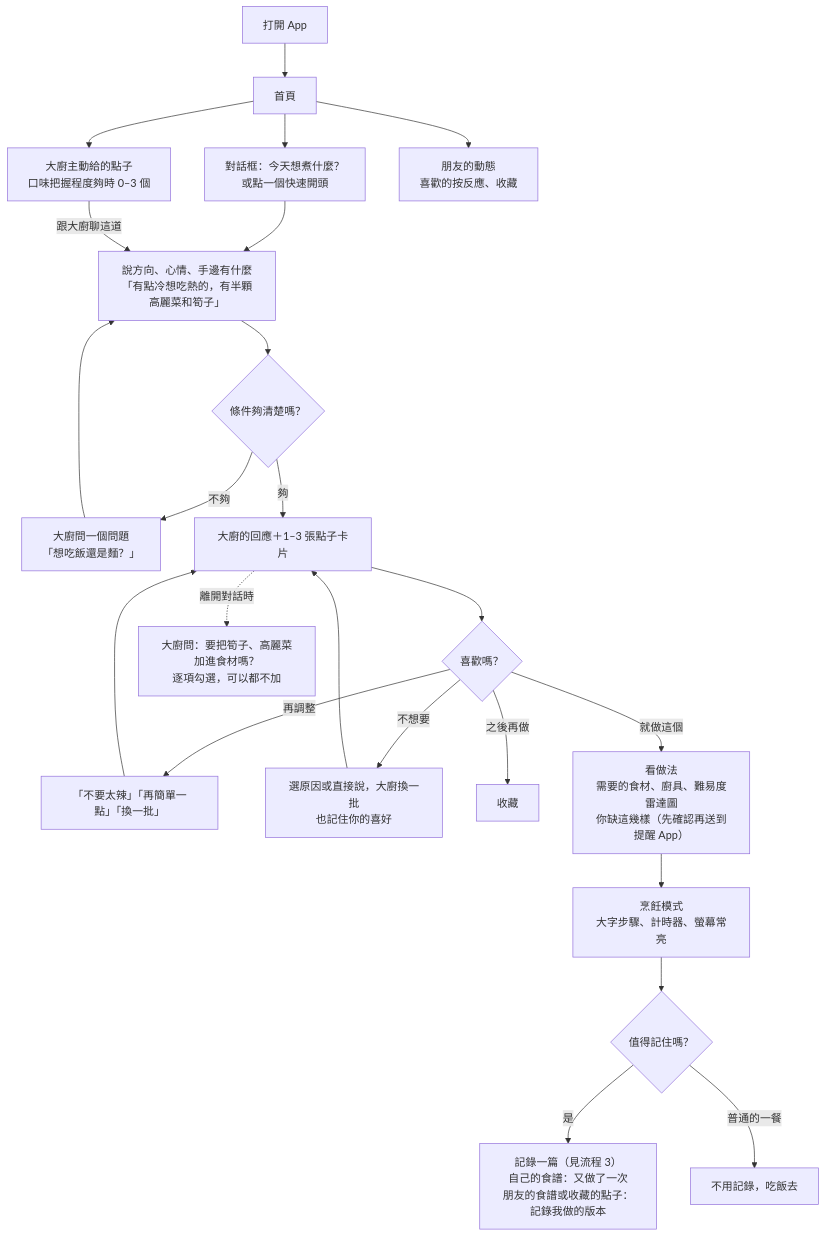
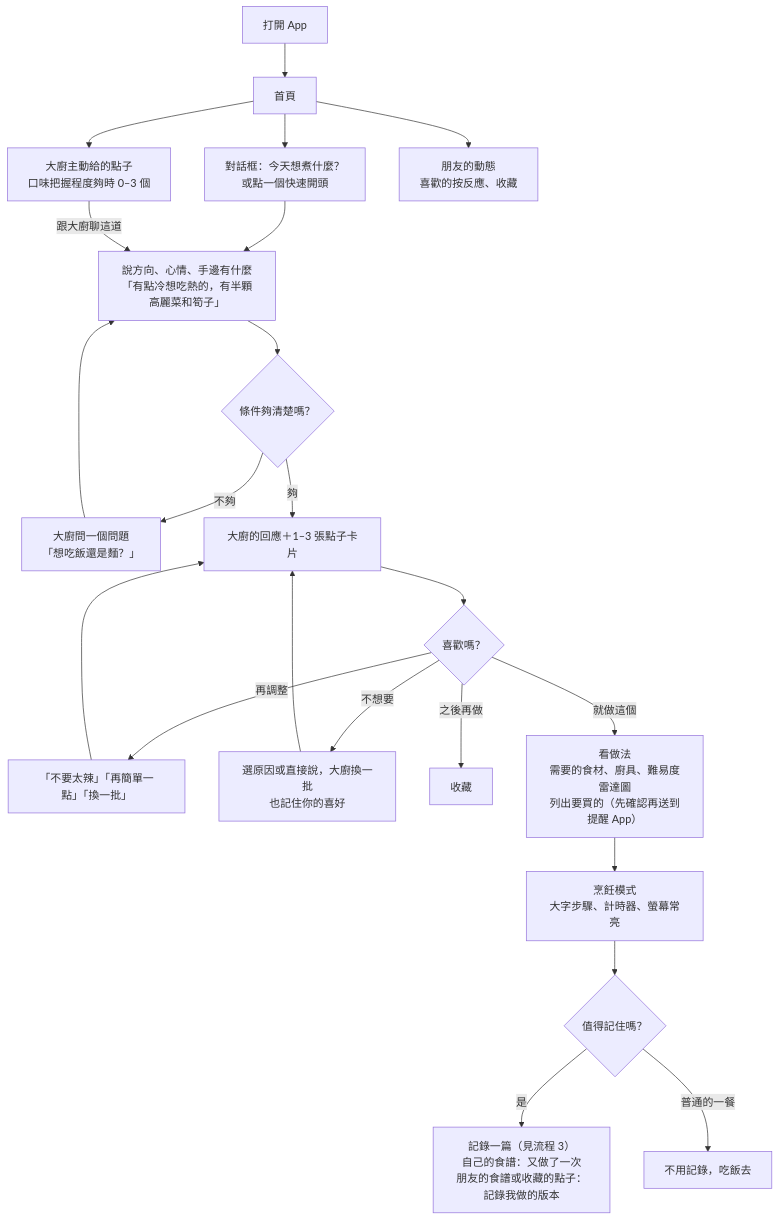
One commit to LeeBoYin/cooking-recipe-app changed the second of 8 diagrams in docs/09-user-flows.md. Above: the diagram before and after it, drawn with Mermaid. The commit also changed other lines of this file and 14 other files, not shown here.

````diff
--- a/docs/09-user-flows.md
+++ b/docs/09-user-flows.md
@@ -50,22 +54,21 @@
 ```mermaid
 flowchart TD
   A[打開 App] --> B[首頁]
   B --> CH[對話框：今天想煮什麼？<br/>或點一個快速開頭]
   B --> HC[大廚主動給的點子<br/>口味把握程度夠時 0–3 個]
   B --> FR[朋友的動態<br/>喜歡的按反應、收藏]
   CH --> T[說方向、心情、手邊有什麼<br/>「有點冷想吃熱的，有半顆高麗菜和筍子」]
   T --> Q{條件夠清楚嗎？}
   Q -- 不夠 --> AS[大廚問一個問題<br/>「想吃飯還是麵？」] --> T
   Q -- 夠 --> D[大廚的回應＋1–3 張點子卡片]
   HC -- 跟大廚聊這道 --> T
   D --> E{喜歡嗎？}
   E -- 再調整 --> T2[「不要太辣」「再簡單一點」「換一批」] --> D
   E -- 不想要 --> F[選原因或直接說，大廚換一批<br/>也記住你的喜好] --> D
   E -- 之後再做 --> G[收藏]
-  E -- 就做這個 --> H[看做法<br/>需要的食材、廚具、難易度雷達圖<br/>你缺這幾樣（先確認再送到提醒 App）]
-  D -.離開對話時.-> M[大廚問：要把筍子、高麗菜加進食材嗎？<br/>逐項勾選，可以都不加]
+  E -- 就做這個 --> H[看做法<br/>需要的食材、廚具、難易度雷達圖<br/>列出要買的（先確認再送到提醒 App）]
   H --> I[烹飪模式<br/>大字步驟、計時器、螢幕常亮]
   I --> J{值得記住嗎？}
   J -- 是 --> K[記錄一篇（見流程 3）<br/>自己的食譜：又做了一次<br/>朋友的食譜或收藏的點子：記錄我做的版本]
   J -- 普通的一餐 --> L[不用記錄，吃飯去]
 ```
````
